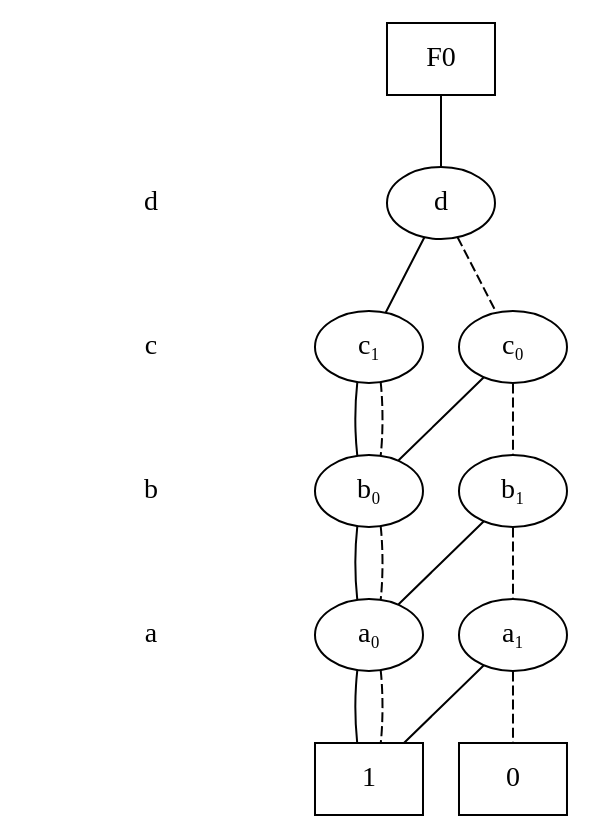
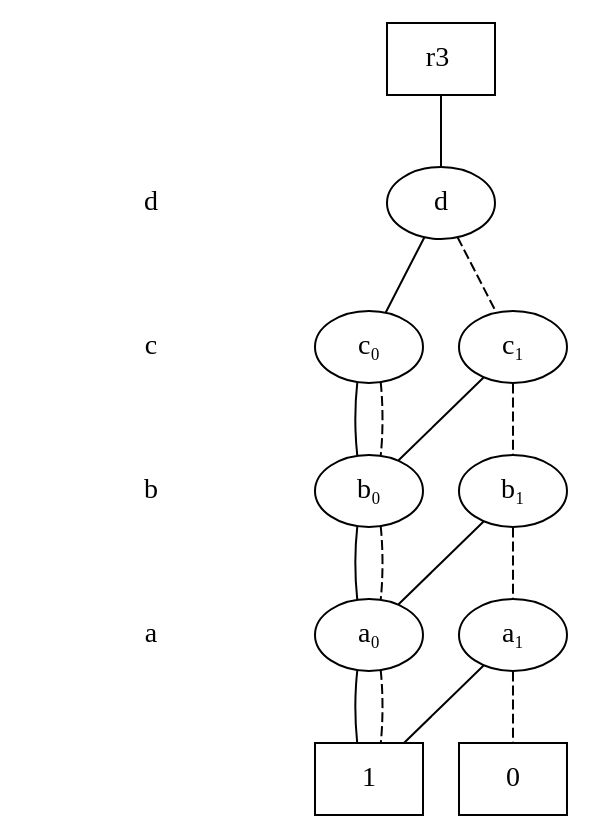
One commit to NathanNator/ECE6745_Final_Project changed the diagram in zdd_plots/r3_zdd.dot. Above: the diagram before and after it, drawn with Graphviz. The commit also changed 12 other files, not shown here.

```diff
--- a/zdd_plots/r3_zdd.dot
+++ b/zdd_plots/r3_zdd.dot
@@ -1,49 +1,49 @@
 digraph "ZDD" {
 size = "7.5,10"
 center = true;
 edge [dir = none];
 { node [shape = plaintext];
   edge [style = invis];
   "CONST NODES" [style = invis];
 " d " -> " c " -> " b " -> " a " -> "CONST NODES"; 
 }
 { rank = same; node [shape = box]; edge [style = invis];
-"F0"; }
+"  r3  "; }
 { rank = same; " d ";
 "d";
 }
 { rank = same; " c ";
 "c₀";
 "c₁";
 }
 { rank = same; " b ";
 "b₀";
 "b₁";
 }
 { rank = same; " a ";
 "a₀";
 "a₁";
 }
 { rank = same; "CONST NODES";
-{ node [shape = box]; "0x626";
-"0x625";
+{ node [shape = box]; "0xa6";
+"0xa5";
 }
 }
-"F0" -> "d" [style = solid];
-"d" -> "c₁";
-"d" -> "c₀" [style = dashed];
+"  r3  " -> "d" [style = solid];
+"d" -> "c₀";
+"d" -> "c₁" [style = dashed];
 "c₀" -> "b₀";
-"c₀" -> "b₁" [style = dashed];
+"c₀" -> "b₀" [style = dashed];
 "c₁" -> "b₀";
-"c₁" -> "b₀" [style = dashed];
+"c₁" -> "b₁" [style = dashed];
 "b₀" -> "a₀";
 "b₀" -> "a₀" [style = dashed];
 "b₁" -> "a₀";
 "b₁" -> "a₁" [style = dashed];
-"a₀" -> "0x625";
-"a₀" -> "0x625" [style = dashed];
-"a₁" -> "0x625";
-"a₁" -> "0x626" [style = dashed];
-"0x626" [label = "0"];
-"0x625" [label = "1"];
+"a₀" -> "0xa5";
+"a₀" -> "0xa5" [style = dashed];
+"a₁" -> "0xa5";
+"a₁" -> "0xa6" [style = dashed];
+"0xa6" [label = "0"];
+"0xa5" [label = "1"];
 }
```
